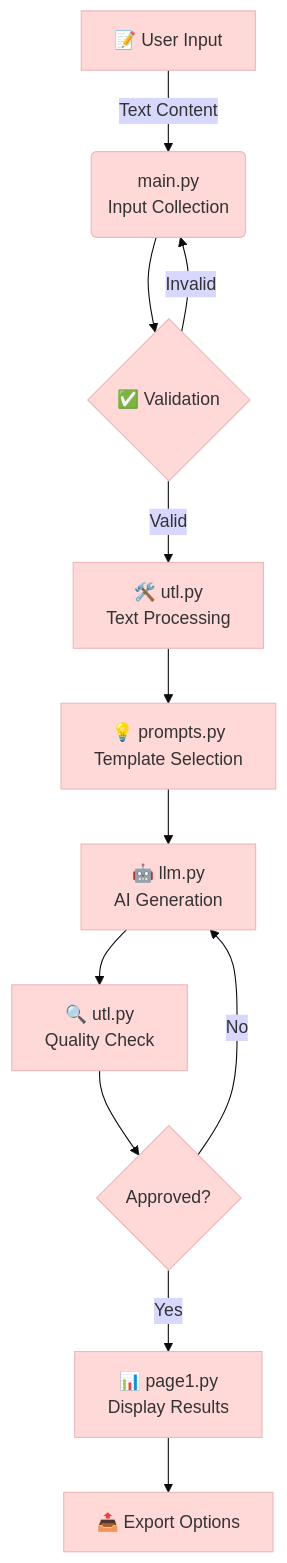
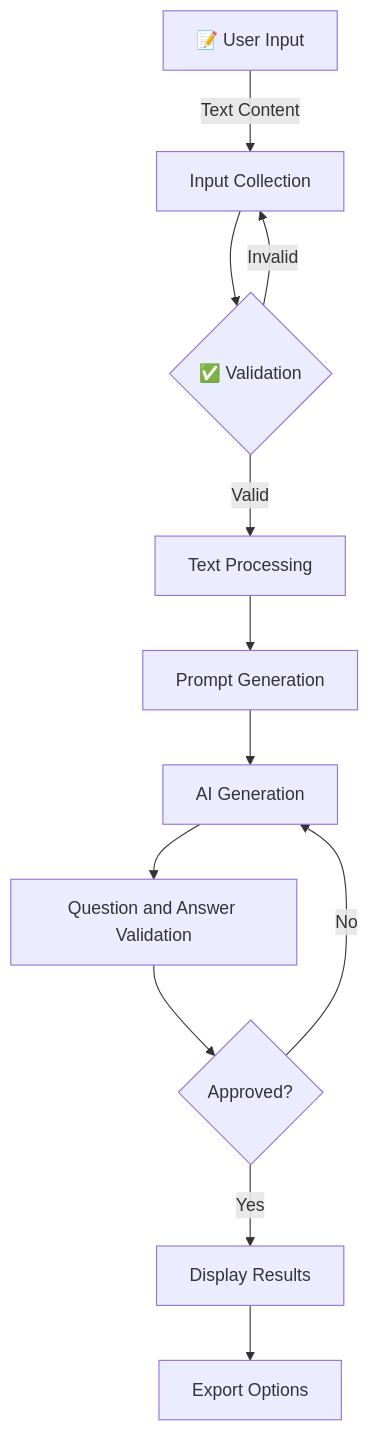
The first of 4 diagrams in README.md (Ayushkathoke/Q-A-Pair-Generator-Web-App), drawn with Mermaid before and after one commit. The commit also changed other lines of this file, not shown here.

````diff
--- a/README.md
+++ b/README.md
@@ -44,21 +48,14 @@
 ```mermaid
-%%{init: {'theme': 'base', 'themeVariables': { 'primaryColor': '#ffd8d8'}}}%%
 flowchart TD
-    A[📝 User Input] -->|Text Content| B(main.py\nInput Collection)
+    A[📝 User Input] -->|Text Content| B[Input Collection]
     B --> C{✅ Validation}
-    C -->|Valid| D[🛠️ utl.py\nText Processing]
+    C -->|Valid| D[Text Processing]
     C -->|Invalid| B
-    D --> E[💡 prompts.py\nTemplate Selection]
-    E --> F[🤖 llm.py\nAI Generation]
-    F --> G[🔍 utl.py\nQuality Check]
+    D --> E[Prompt Generation]
+    E --> F[AI Generation]
+    F --> G[Question and Answer Validation]
     G --> H{Approved?}
-    H -->|Yes| I[📊 page1.py\nDisplay Results]
+    H -->|Yes| I[Display Results]
     H -->|No| F
-    I --> J[📤 Export Options]
-    
-    click B "https://github.com/ayushkathoke/main.py" "main.py source"
-    click D "https://github.com/ayushkathoke/utl.py" "utl.py source"
-    click E "https://github.com/ayushkathoke/prompts.py" "prompts.py source"
-    click F "https://github.com/ayushkathoke/llm.py" "llm.py source"
-    click I "https://github.com/ayushkathoke/page1.py" "page1.py source"
+    I --> J[Export Options]
 ```
````
